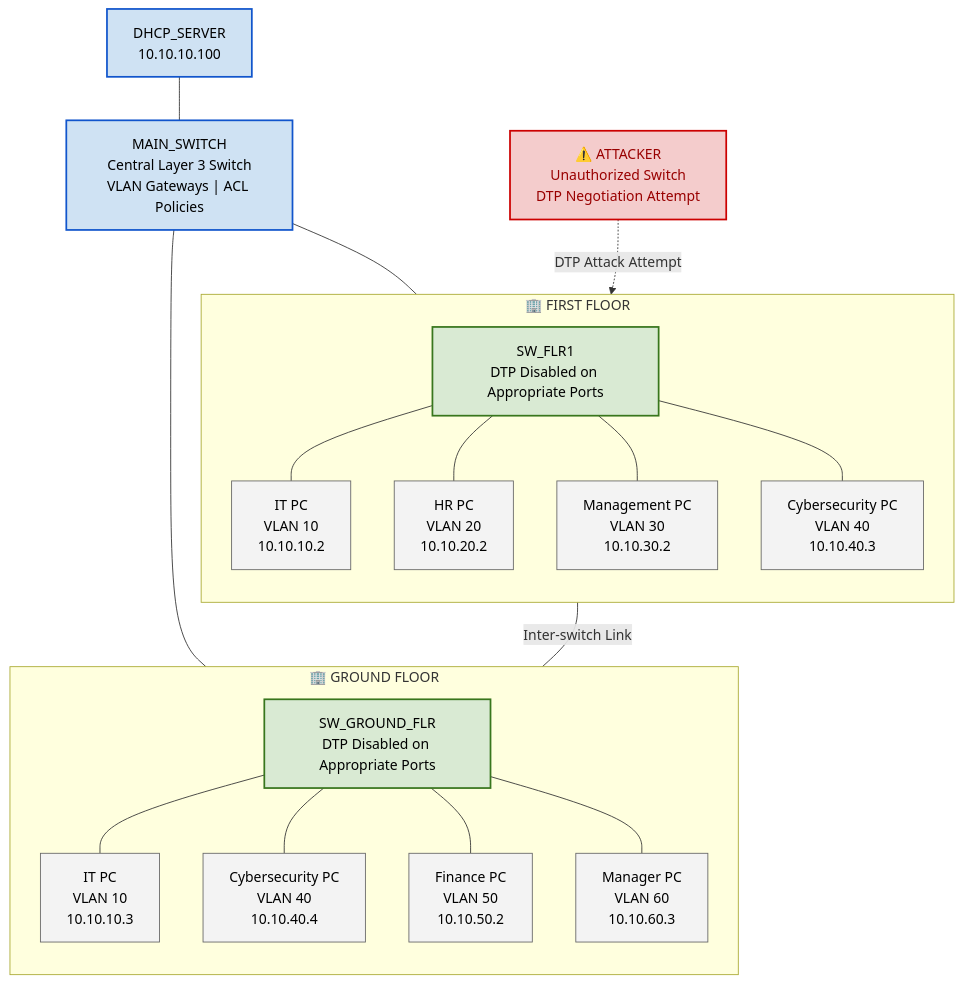
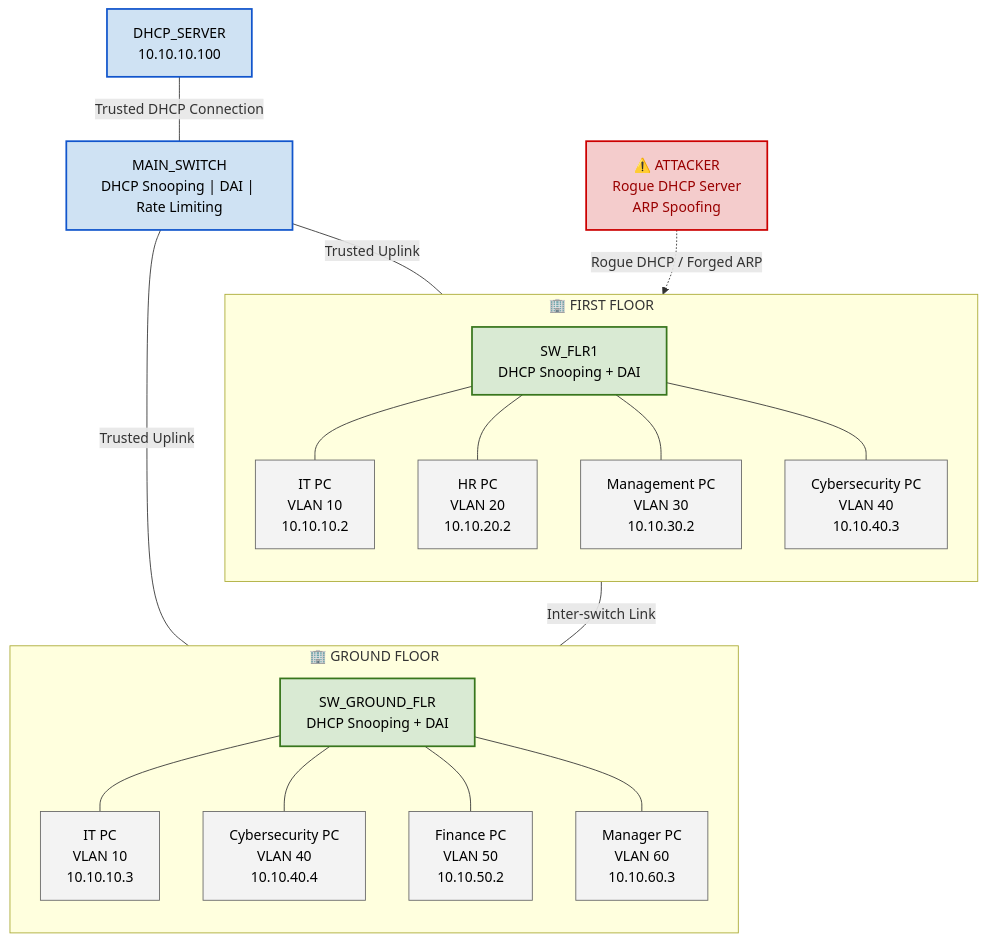
The first of 3 diagrams in README.md (sohamCyber-08/Campus-Secure-Network), drawn with Mermaid before and after one commit. The commit also changed other lines of this file, not shown here.

````diff
--- a/README.md
+++ b/README.md
@@ -695,52 +695,52 @@
 ```mermaid
 flowchart TB
     DHCP["DHCP_SERVER<br/>10.10.10.100"]
-    MAIN["MAIN_SWITCH<br/>Central Layer 3 Switch<br/>VLAN Gateways | ACL Policies"]
-    ATTACKER["⚠️ ATTACKER<br/>Unauthorized Switch<br/>DTP Negotiation Attempt"]
+    MAIN["MAIN_SWITCH<br/>DHCP Snooping | DAI | Rate Limiting"]
+    ATTACKER["⚠️ ATTACKER<br/>Rogue DHCP Server<br/>ARP Spoofing"]
 
-    DHCP --- MAIN
+    DHCP ---|"Trusted DHCP Connection"| MAIN
 
     subgraph FLOOR1["🏢 FIRST FLOOR"]
         direction TB
-        SW1["SW_FLR1<br/>DTP Disabled on Appropriate Ports"]
+        SW1["SW_FLR1<br/>DHCP Snooping + DAI"]
         IT1["IT PC<br/>VLAN 10<br/>10.10.10.2"]
         HR["HR PC<br/>VLAN 20<br/>10.10.20.2"]
         MGMT["Management PC<br/>VLAN 30<br/>10.10.30.2"]
         CYBER1["Cybersecurity PC<br/>VLAN 40<br/>10.10.40.3"]
 
         SW1 --- IT1
         SW1 --- HR
         SW1 --- MGMT
         SW1 --- CYBER1
     end
 
     subgraph GROUND["🏢 GROUND FLOOR"]
         direction TB
-        SW2["SW_GROUND_FLR<br/>DTP Disabled on Appropriate Ports"]
+        SW2["SW_GROUND_FLR<br/>DHCP Snooping + DAI"]
         IT2["IT PC<br/>VLAN 10<br/>10.10.10.3"]
         CYBER2["Cybersecurity PC<br/>VLAN 40<br/>10.10.40.4"]
         FINANCE["Finance PC<br/>VLAN 50<br/>10.10.50.2"]
         MANAGER["Manager PC<br/>VLAN 60<br/>10.10.60.3"]
 
         SW2 --- IT2
         SW2 --- CYBER2
         SW2 --- FINANCE
         SW2 --- MANAGER
     end
 
-    MAIN --- SW1
-    MAIN --- SW2
+    MAIN ---|"Trusted Uplink"| SW1
+    MAIN ---|"Trusted Uplink"| SW2
     SW1 ---|"Inter-switch Link"| SW2
 
-    ATTACKER -.->|"DTP Attack Attempt"| SW1
+    ATTACKER -.->|"Rogue DHCP / Forged ARP"| SW1
 
     classDef core fill:#cfe2f3,stroke:#1155cc,stroke-width:2px,color:#000;
     classDef switch fill:#d9ead3,stroke:#38761d,stroke-width:2px,color:#000;
     classDef endpoint fill:#f3f3f3,stroke:#666,stroke-width:1px,color:#000;
     classDef attacker fill:#f4cccc,stroke:#cc0000,stroke-width:2px,color:#990000;
 
     class MAIN,DHCP core;
     class SW1,SW2 switch;
     class IT1,HR,MGMT,CYBER1,IT2,CYBER2,FINANCE,MANAGER endpoint;
     class ATTACKER attacker;
 ```
````
